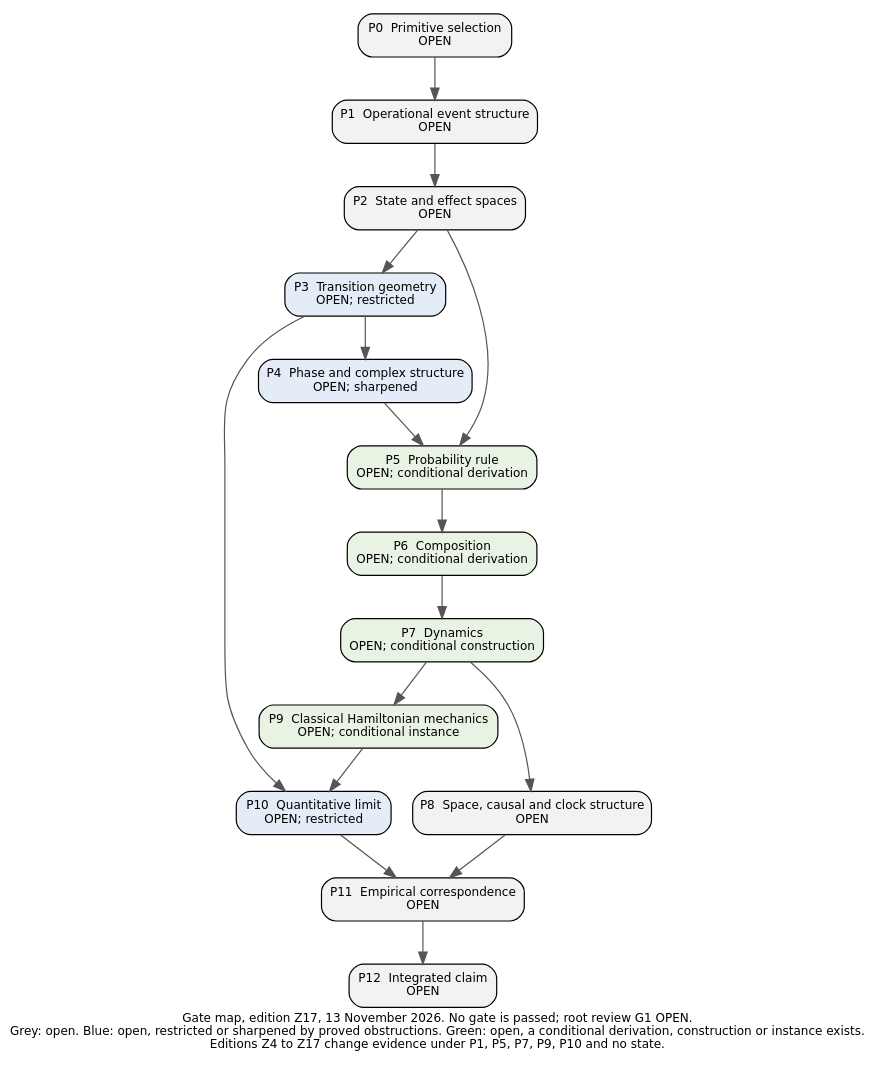
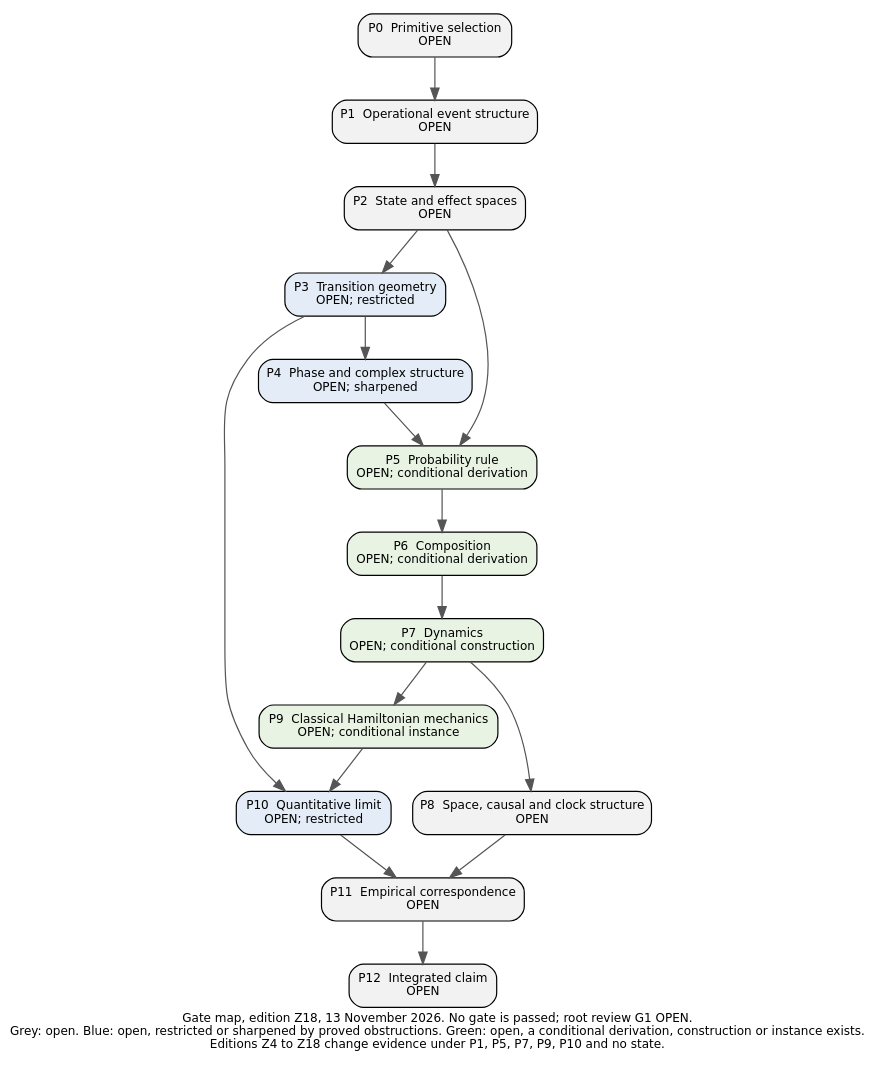
One commit to KirtusJ/From-Prephysical-Hypotheses-to-Physical-Models changed the diagram in edition/PROGRAM/figures/Gate_Map_2026-11-13.dot. Above: the diagram before and after it, drawn with Graphviz. The commit also changed 81 other files, not shown here.

```diff
--- a/edition/PROGRAM/figures/Gate_Map_2026-11-13.dot
+++ b/edition/PROGRAM/figures/Gate_Map_2026-11-13.dot
@@ -1,30 +1,30 @@
-digraph G { rankdir=TB; node [shape=box, style="filled,rounded", fontname="DejaVu Sans", fontsize=10, margin="0.12,0.07"]; edge [color="#555555"]; label="Gate map, edition Z17, 13 November 2026. No gate is passed; root review G1 OPEN.\nGrey: open. Blue: open, restricted or sharpened by proved obstructions. Green: open, a conditional derivation, construction or instance exists.\nEditions Z4 to Z17 change evidence under P1, P5, P7, P9, P10 and no state."; fontname="DejaVu Sans"; fontsize=10; labelloc=b;
+digraph G { rankdir=TB; node [shape=box, style="filled,rounded", fontname="DejaVu Sans", fontsize=10, margin="0.12,0.07"]; edge [color="#555555"]; label="Gate map, edition Z18, 13 November 2026. No gate is passed; root review G1 OPEN.\nGrey: open. Blue: open, restricted or sharpened by proved obstructions. Green: open, a conditional derivation, construction or instance exists.\nEditions Z4 to Z18 change evidence under P1, P5, P7, P9, P10 and no state."; fontname="DejaVu Sans"; fontsize=10; labelloc=b;
 P0 [label="P0  Primitive selection\nOPEN", fillcolor="#f2f2f2"];
 P1 [label="P1  Operational event structure\nOPEN", fillcolor="#f2f2f2"];
 P2 [label="P2  State and effect spaces\nOPEN", fillcolor="#f2f2f2"];
 P3 [label="P3  Transition geometry\nOPEN; restricted", fillcolor="#e3ecf7"];
 P4 [label="P4  Phase and complex structure\nOPEN; sharpened", fillcolor="#e3ecf7"];
 P5 [label="P5  Probability rule\nOPEN; conditional derivation", fillcolor="#e8f3e3"];
 P6 [label="P6  Composition\nOPEN; conditional derivation", fillcolor="#e8f3e3"];
 P7 [label="P7  Dynamics\nOPEN; conditional construction", fillcolor="#e8f3e3"];
 P8 [label="P8  Space, causal and clock structure\nOPEN", fillcolor="#f2f2f2"];
 P9 [label="P9  Classical Hamiltonian mechanics\nOPEN; conditional instance", fillcolor="#e8f3e3"];
 P10 [label="P10  Quantitative limit\nOPEN; restricted", fillcolor="#e3ecf7"];
 P11 [label="P11  Empirical correspondence\nOPEN", fillcolor="#f2f2f2"];
 P12 [label="P12  Integrated claim\nOPEN", fillcolor="#f2f2f2"];
 P0 -> P1;
 P1 -> P2;
 P2 -> P3;
 P3 -> P4;
 P2 -> P5;
 P4 -> P5;
 P5 -> P6;
 P6 -> P7;
 P7 -> P8;
 P7 -> P9;
 P3 -> P10;
 P9 -> P10;
 P8 -> P11;
 P10 -> P11;
 P11 -> P12;
 }
```
